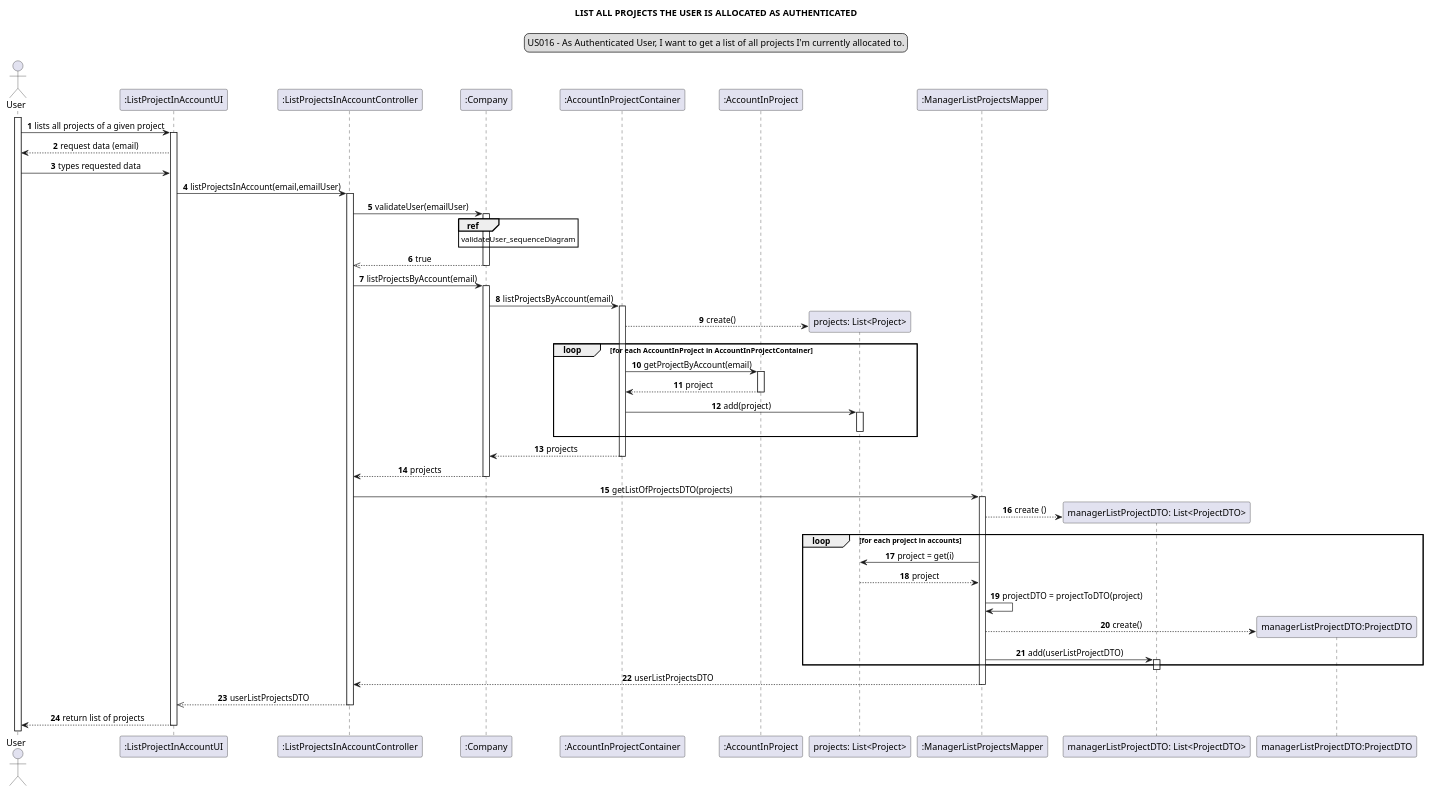
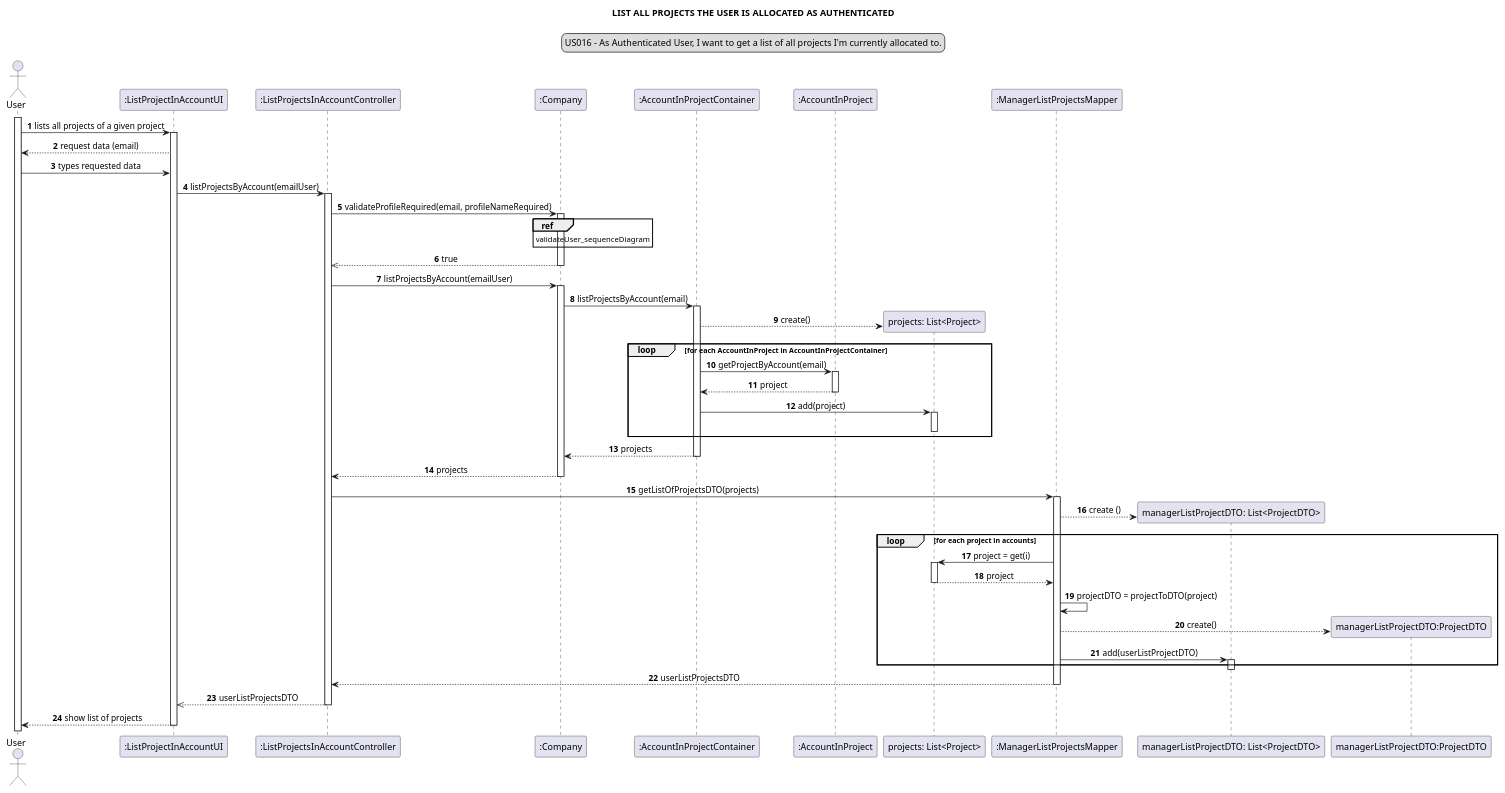
Before and after one commit to Loracline/project_switch_22-23: the diagram in docs/modelling_design/user_stories/sprint02/us016/US016_sequenceDiagram.puml, drawn with PlantUML.

Commit message:
US016: Design : refinement of Sequence Diagram

```diff
--- a/docs/modelling_design/user_stories/sprint02/us016/US016_sequenceDiagram.puml
+++ b/docs/modelling_design/user_stories/sprint02/us016/US016_sequenceDiagram.puml
@@ -1,69 +1,71 @@
 @startuml
 skinparam sequenceMessageAlign center
 title LIST ALL PROJECTS THE USER IS ALLOCATED AS AUTHENTICATED
 legend top
 US016 - As Authenticated User, I want to get a list of all projects I'm currently allocated to.
 end legend
 autonumber
 actor User
 participant ":ListProjectInAccountUI" as ui
 participant ":ListProjectsInAccountController" as controller
 participant ":Company" as company
 participant ":AccountInProjectContainer" as aipc
 participant ":AccountInProject" as aip
 participant "projects: List<Project>" as list
 participant ":ManagerListProjectsMapper" as pm
 participant "managerListProjectDTO: List<ProjectDTO>" as listDTO
 participant "managerListProjectDTO:ProjectDTO" as DTO
 activate User
 User -> ui: lists all projects of a given project
 activate ui
 ui --> User: request data (email)
 User -> ui: types requested data
-ui -> controller: listProjectsInAccount(email,emailUser)
+ui -> controller: listProjectsByAccount(emailUser)
 activate controller
-controller -> company: validateUser(emailUser)
+controller -> company: validateProfileRequired(email, profileNameRequired)
 activate company
 ref over company: validateUser_sequenceDiagram
 company -->> controller: true
 deactivate company
-controller -> company: listProjectsByAccount(email)
+controller -> company: listProjectsByAccount(emailUser)
 activate company
 company -> aipc: listProjectsByAccount(email)
 activate aipc
 create list
 aipc --> list :create()
 loop for each AccountInProject in AccountInProjectContainer
 aipc -> aip : getProjectByAccount(email)
 activate aip
 aip --> aipc : project
 deactivate aip
 aipc -> list : add(project)
 activate list
 deactivate list
 end loop
 aipc --> company : projects
 deactivate aipc
 company --> controller: projects
 deactivate company
 controller -> pm: getListOfProjectsDTO(projects)
 activate pm
 create listDTO
 pm --> listDTO: create ()
 loop for each project in accounts
 pm -> list: project = get(i)
+activate list
 list --> pm: project
+deactivate list
 pm -> pm: projectDTO = projectToDTO(project)
 create DTO
 pm --> DTO : create()
 pm ->listDTO :add(userListProjectDTO)
 activate listDTO
 end loop
 deactivate listDTO
 pm --> controller :userListProjectsDTO
 deactivate pm
 controller -->> ui: userListProjectsDTO
 deactivate controller
-ui --> User: return list of projects
+ui --> User: show list of projects
 deactivate ui
 @enduml
```
